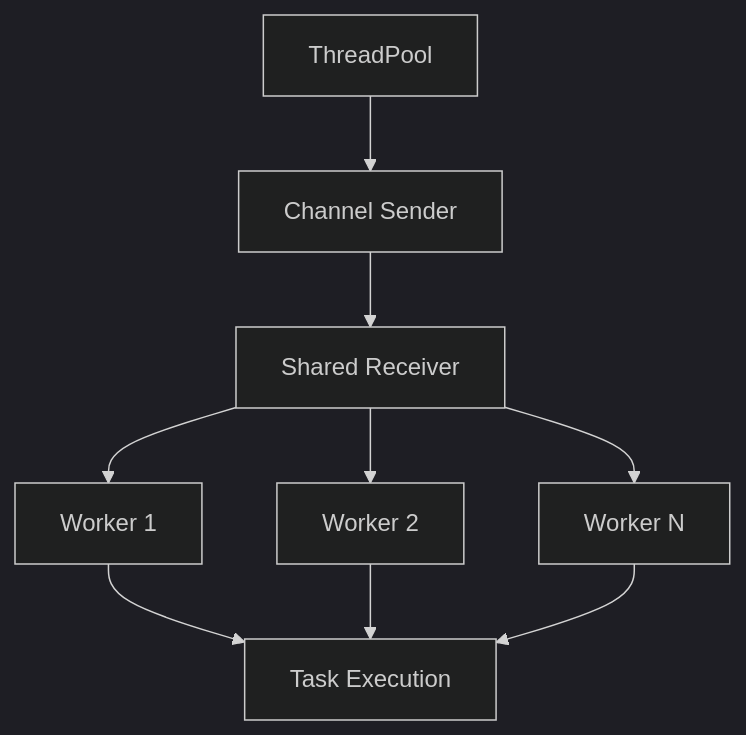
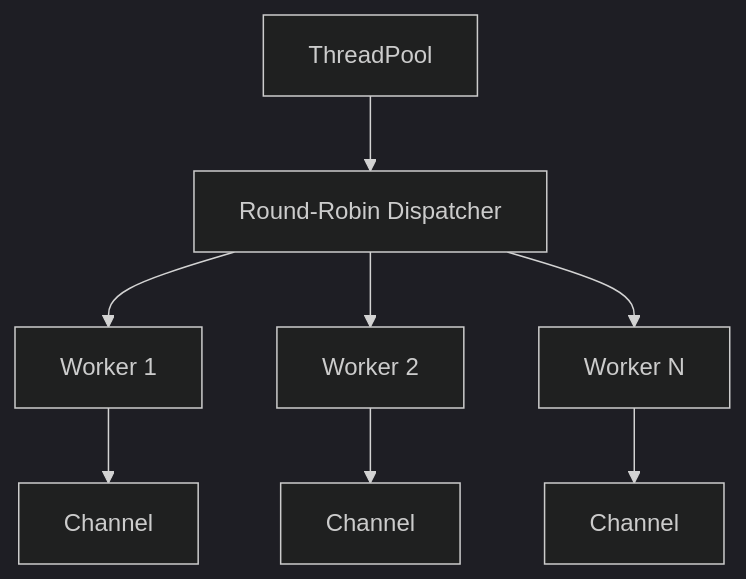
The fourth of 8 diagrams in docs/Arch.md (citadel-tech/Event-Loop), drawn with Mermaid (dark theme) before and after one commit. The commit also changed other lines of this file, not shown here.

Commit message:
docs: enhance architecture documentation with detailed flowcharts and component descriptions

````diff
--- a/docs/Arch.md
+++ b/docs/Arch.md
@@ -116,13 +142,15 @@
 ```mermaid
-flowchart TD
-    A[ThreadPool] --> B[Channel Sender]
-    B --> C[Shared Receiver]
+flowchart TB
+    TP[ThreadPool]
+    RR[Round-Robin Dispatcher]
     
-    C --> D[Worker 1]
-    C --> E[Worker 2]
-    C --> F[Worker N]
+    TP --> RR
     
-    D --> G[Task Execution]
-    E --> G
-    F --> G
+    RR --> W1[Worker 1]
+    RR --> W2[Worker 2]
+    RR --> WN[Worker N]
+    
+    W1 --> CH1[Channel]
+    W2 --> CH2[Channel]
+    WN --> CHN[Channel]
 ```
````
